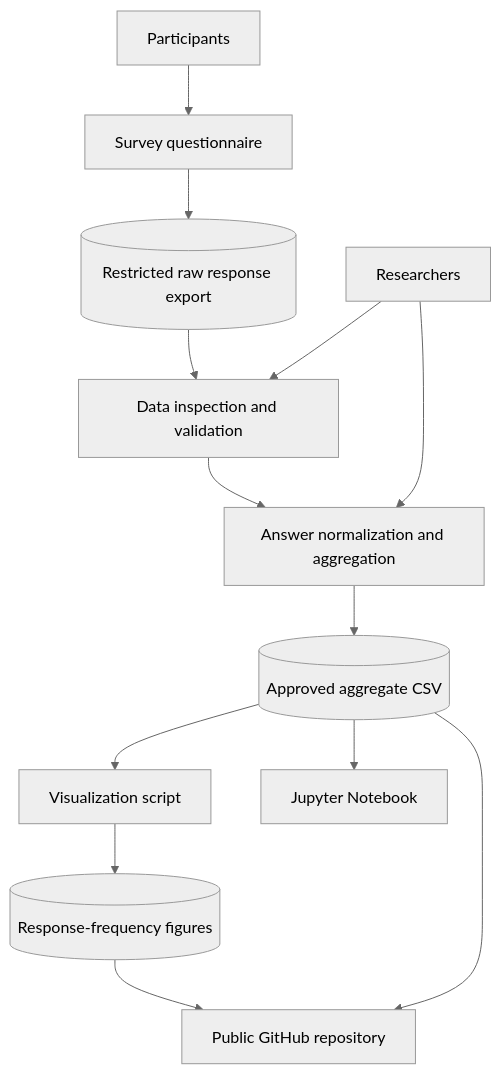
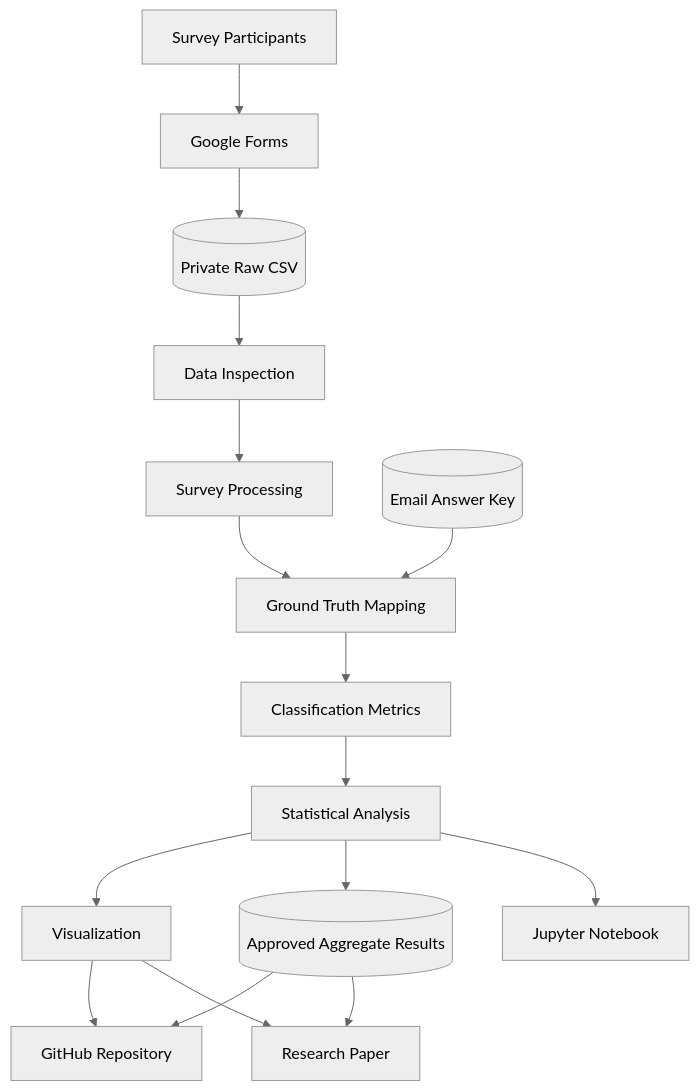
Before and after one commit to zhadritto/ai-phishing-literature-review: the diagram in docs/domain_model.md, drawn with Mermaid (neutral theme). The commit also changed other lines of this file, not shown here.

Commit message:
docs: add survey data dictionary

````diff
--- a/docs/domain_model.md
+++ b/docs/domain_model.md
@@ -35,15 +61,33 @@
 ```mermaid
 flowchart TD
-    P[Participants] --> Q[Survey questionnaire]
-    Q --> R[(Restricted raw response export)]
-    R --> I[Data inspection and validation]
-    I --> A[Answer normalization and aggregation]
-    A --> S[(Approved aggregate CSV)]
-    S --> V[Visualization script]
-    S --> N[Jupyter Notebook]
-    V --> F[(Response-frequency figures)]
-    F --> G[Public GitHub repository]
-    S --> G
-    C[Researchers] --> I
-    C --> A
+    A[Survey Participants]
+    B[Google Forms]
+    C[(Private Raw CSV)]
+    D[Data Inspection]
+    E[Survey Processing]
+    F[(Email Answer Key)]
+    G[Ground Truth Mapping]
+    H[Classification Metrics]
+    I[Statistical Analysis]
+    J[Visualization]
+    K[(Approved Aggregate Results)]
+    L[GitHub Repository]
+    M[Jupyter Notebook]
+    N[Research Paper]
+
+    A --> B
+    B --> C
+    C --> D
+    D --> E
+    E --> G
+    F --> G
+    G --> H
+    H --> I
+    I --> J
+    I --> K
+    K --> L
+    J --> L
+    I --> M
+    J --> N
+    K --> N
 ```
````
